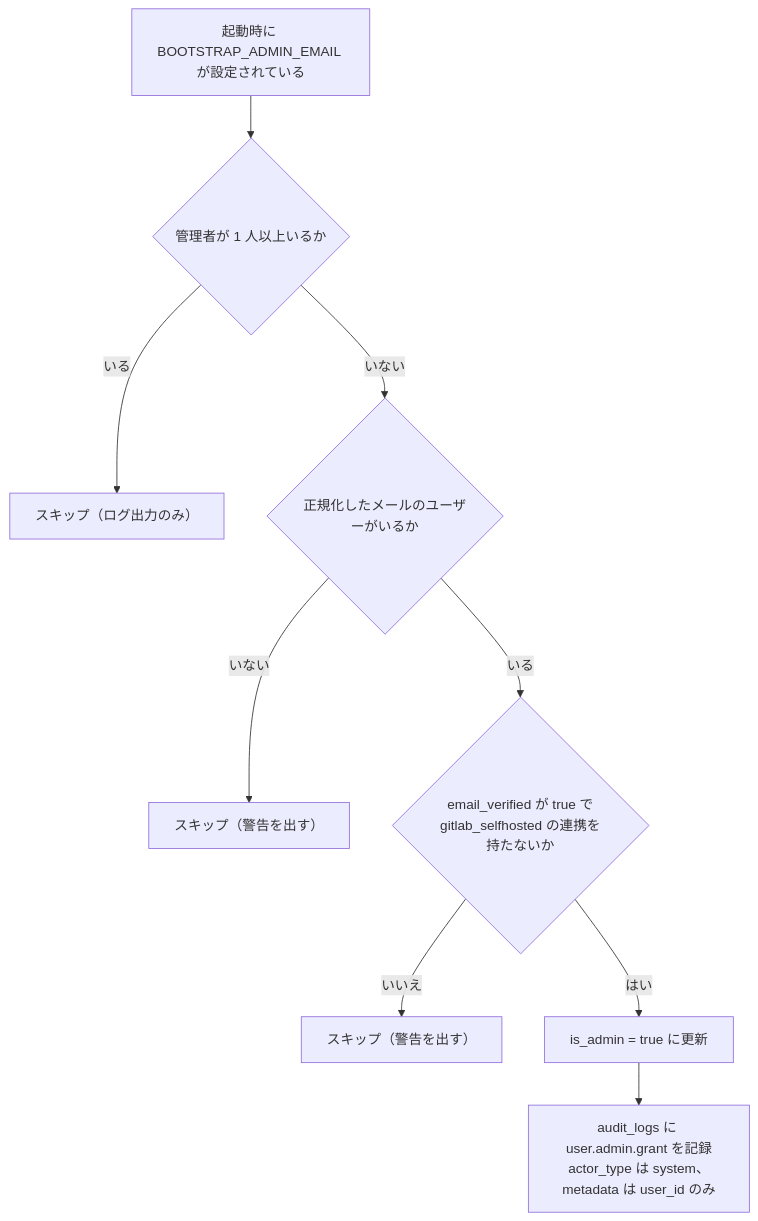
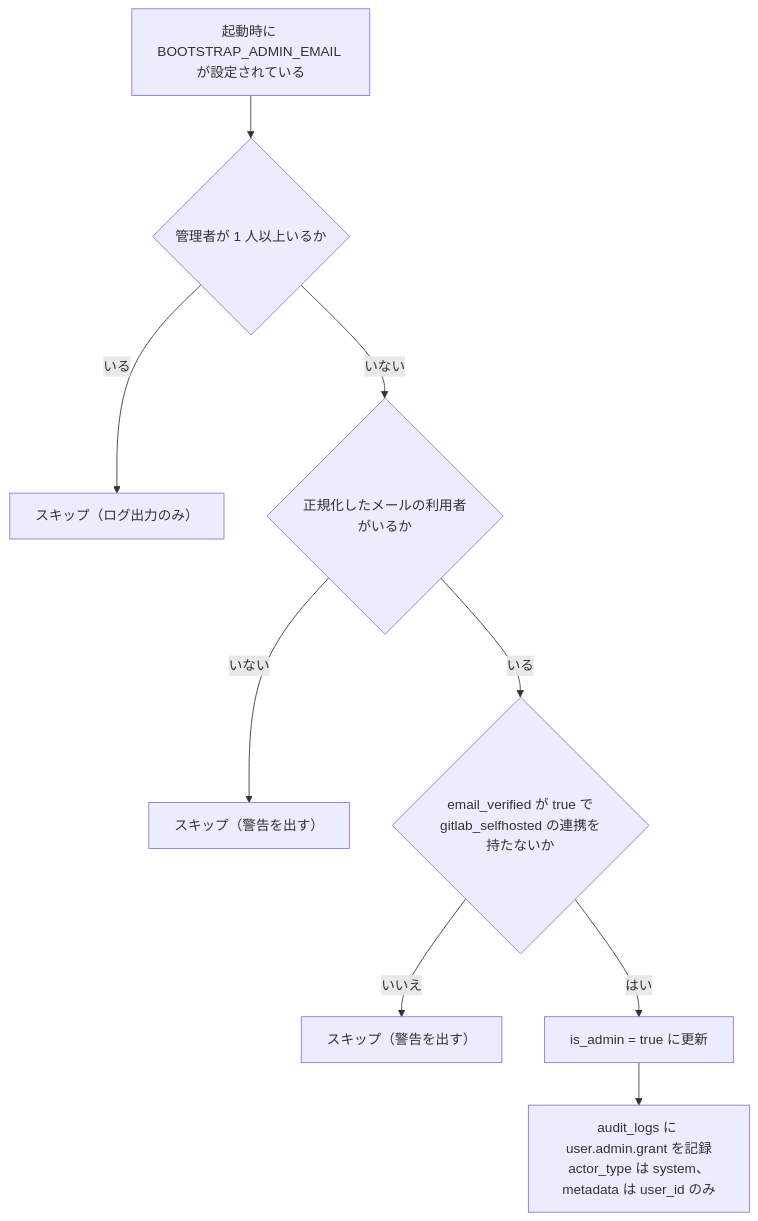
The diagram in docs/features/admin.md (koyori-app/task), drawn with Mermaid before and after one commit. The commit also changed other lines of this file and 13 other files, not shown here.

````diff
--- a/docs/features/admin.md
+++ b/docs/features/admin.md
@@ -126,11 +39,11 @@
 ```mermaid
 flowchart TD
   start["起動時に BOOTSTRAP_ADMIN_EMAIL が設定されている"] --> count{"管理者が 1 人以上いるか"}
   count -->|"いる"| skip1["スキップ（ログ出力のみ）"]
-  count -->|"いない"| find{"正規化したメールのユーザーがいるか"}
+  count -->|"いない"| find{"正規化したメールの利用者がいるか"}
   find -->|"いない"| warn1["スキップ（警告を出す）"]
   find -->|"いる"| eligible{"email_verified が true で<br/>gitlab_selfhosted の連携を持たないか"}
   eligible -->|"いいえ"| warn2["スキップ（警告を出す）"]
   eligible -->|"はい"| grant["is_admin = true に更新"]
   grant --> audit["audit_logs に user.admin.grant を記録<br/>actor_type は system、metadata は user_id のみ"]
 ```
````
